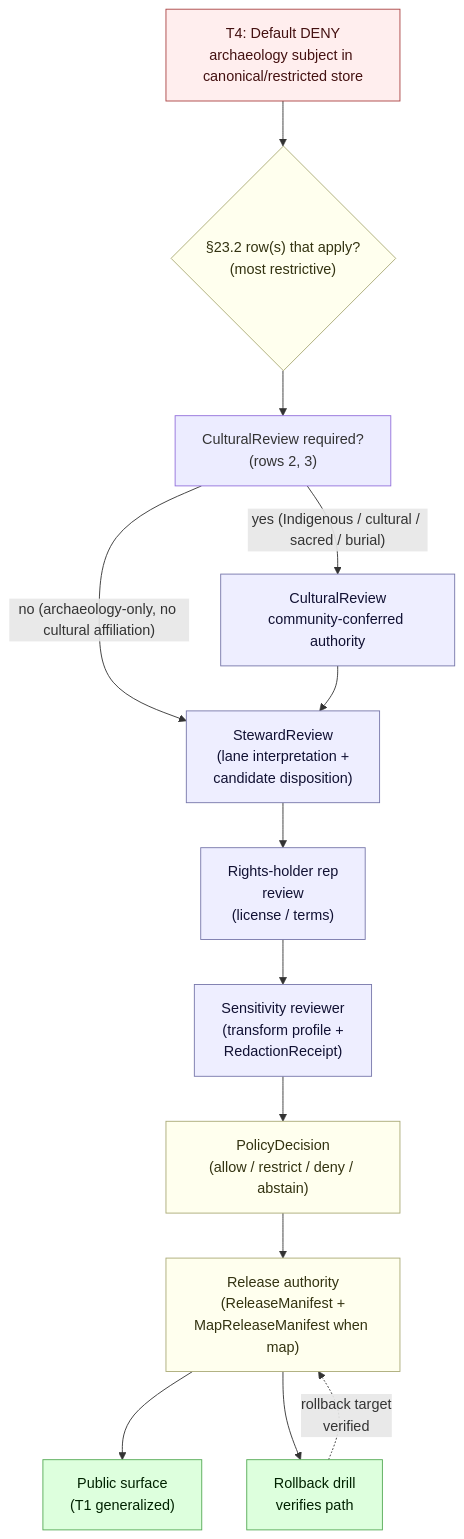
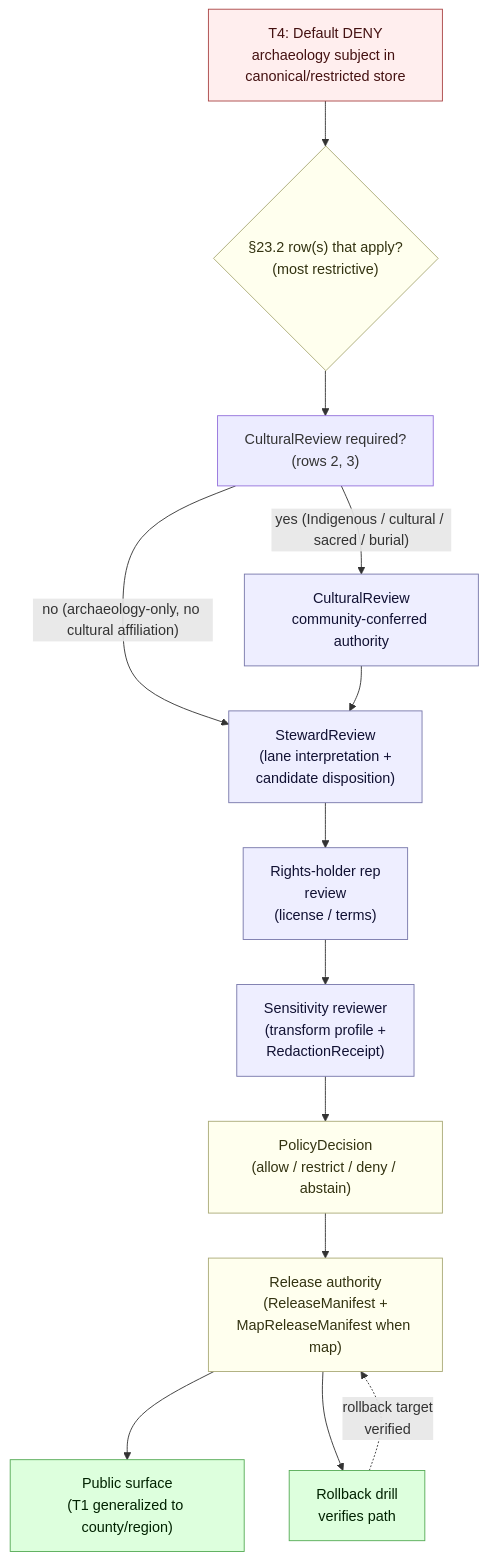
The third of 4 diagrams in docs/domains/archaeology/CULTURAL_REVIEW.md (bartytime4life/Kansas-Frontier-Matrix), drawn with Mermaid before and after one commit. The commit also changed other lines of this file, not shown here.

````diff
--- a/docs/domains/archaeology/CULTURAL_REVIEW.md
+++ b/docs/domains/archaeology/CULTURAL_REVIEW.md
@@ -369,35 +379,35 @@
 ```mermaid
 flowchart TB
   T4[T4: Default DENY<br/>archaeology subject in canonical/restricted store]
   Decide{"§23.2 row(s) that apply?<br/>(most restrictive)"}
   Cult["CulturalReview required?<br/>(rows 2, 3)"]
   Steward["StewardReview<br/>(lane interpretation +<br/>candidate disposition)"]
   Rights["Rights-holder rep<br/>review<br/>(license / terms)"]
   Sens["Sensitivity reviewer<br/>(transform profile +<br/>RedactionReceipt)"]
   Pol["PolicyDecision<br/>(allow / restrict / deny / abstain)"]
   Rel["Release authority<br/>(ReleaseManifest +<br/>MapReleaseManifest when map)"]
-  Pub["Public surface<br/>(T1 generalized)"]
+  Pub["Public surface<br/>(T1 generalized to county/region)"]
   Drill["Rollback drill<br/>verifies path"]
 
   T4 --> Decide
   Decide --> Cult
   Cult -- "yes (Indigenous / cultural / sacred / burial)" --> CR["CulturalReview<br/>community-conferred authority"]
   Cult -- "no (archaeology-only, no cultural affiliation)" --> Steward
   CR --> Steward
   Steward --> Rights
   Rights --> Sens
   Sens --> Pol
   Pol --> Rel
   Rel --> Pub
   Rel --> Drill
   Drill -. "rollback target<br/>verified" .-> Rel
 
   classDef tier fill:#fee,stroke:#a44,color:#411
   classDef review fill:#eef,stroke:#77a,color:#113
   classDef gate fill:#ffe,stroke:#aa7,color:#331
   classDef public fill:#dfd,stroke:#5a5,color:#020
   class T4 tier
   class CR,Steward,Rights,Sens review
   class Decide,Pol,Rel gate
   class Pub,Drill public
 ```
````
